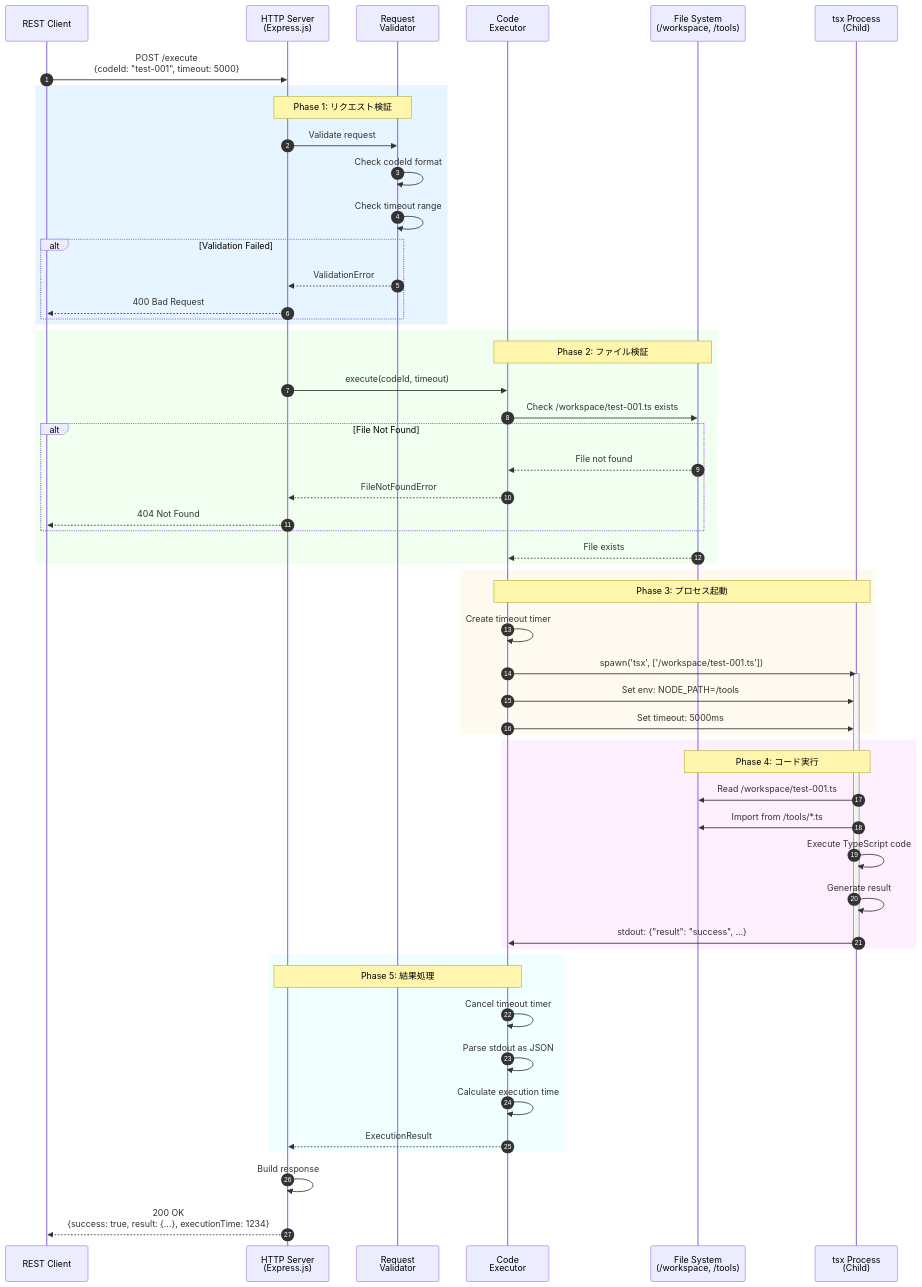
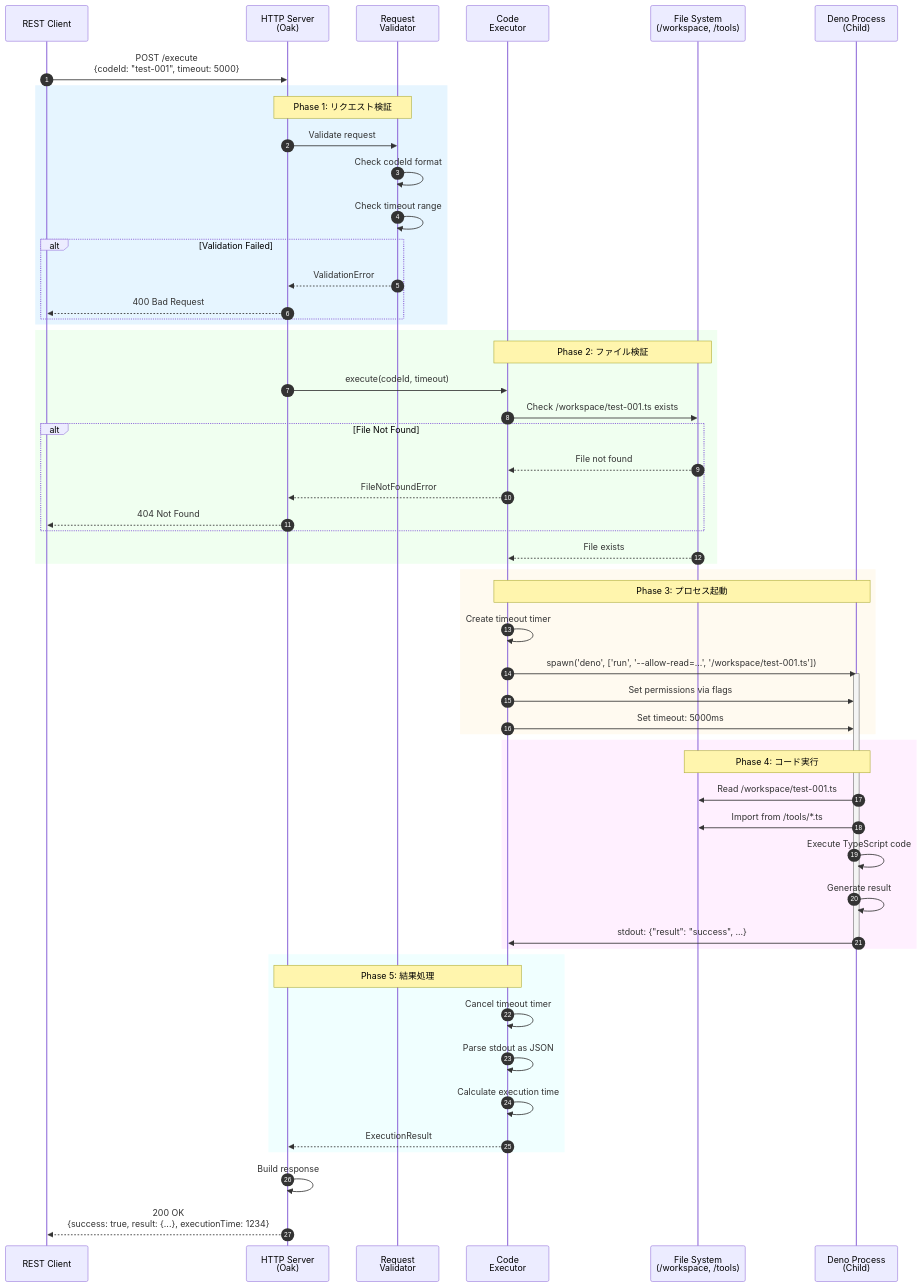
The first of 2 diagrams in specs/Sequence.md (khirotaka/restexec), drawn with Mermaid before and after one commit. The commit also changed 7 other files, not shown here.

````diff
--- a/specs/Sequence.md
+++ b/specs/Sequence.md
@@ -3,65 +3,65 @@
 ```mermaid
 sequenceDiagram
     autonumber
     participant Client as REST Client
-    participant HTTP as HTTP Server<br/>(Express.js)
+    participant HTTP as HTTP Server<br/>(Oak)
     participant Validator as Request<br/>Validator
     participant Executor as Code<br/>Executor
     participant FS as File System<br/>(/workspace, /tools)
-    participant Process as tsx Process<br/>(Child)
+    participant Process as Deno Process<br/>(Child)
     
     Client->>HTTP: POST /execute<br/>{codeId: "test-001", timeout: 5000}
     
     rect rgb(230, 245, 255)
         Note over HTTP,Validator: Phase 1: リクエスト検証
         HTTP->>Validator: Validate request
         Validator->>Validator: Check codeId format
         Validator->>Validator: Check timeout range
         alt Validation Failed
             Validator-->>HTTP: ValidationError
             HTTP-->>Client: 400 Bad Request
         end
     end
     
     rect rgb(240, 255, 240)
         Note over Executor,FS: Phase 2: ファイル検証
         HTTP->>Executor: execute(codeId, timeout)
         Executor->>FS: Check /workspace/test-001.ts exists
         alt File Not Found
             FS-->>Executor: File not found
             Executor-->>HTTP: FileNotFoundError
             HTTP-->>Client: 404 Not Found
         end
         FS-->>Executor: File exists
     end
     
     rect rgb(255, 250, 240)
         Note over Executor,Process: Phase 3: プロセス起動
         Executor->>Executor: Create timeout timer
-        Executor->>Process: spawn('tsx', ['/workspace/test-001.ts'])
+        Executor->>Process: spawn('deno', ['run', '--allow-read=...', '/workspace/test-001.ts'])
         activate Process
-        Executor->>Process: Set env: NODE_PATH=/tools
+        Executor->>Process: Set permissions via flags
         Executor->>Process: Set timeout: 5000ms
     end
     
     rect rgb(255, 240, 255)
         Note over Process,FS: Phase 4: コード実行
         Process->>FS: Read /workspace/test-001.ts
         Process->>FS: Import from /tools/*.ts
         Process->>Process: Execute TypeScript code
         Process->>Process: Generate result
         Process->>Executor: stdout: {"result": "success", ...}
         deactivate Process
     end
     
     rect rgb(240, 255, 255)
         Note over Executor,HTTP: Phase 5: 結果処理
         Executor->>Executor: Cancel timeout timer
         Executor->>Executor: Parse stdout as JSON
         Executor->>Executor: Calculate execution time
         Executor-->>HTTP: ExecutionResult
     end
     
     HTTP->>HTTP: Build response
     HTTP-->>Client: 200 OK<br/>{success: true, result: {...}, executionTime: 1234}
 ```
````
